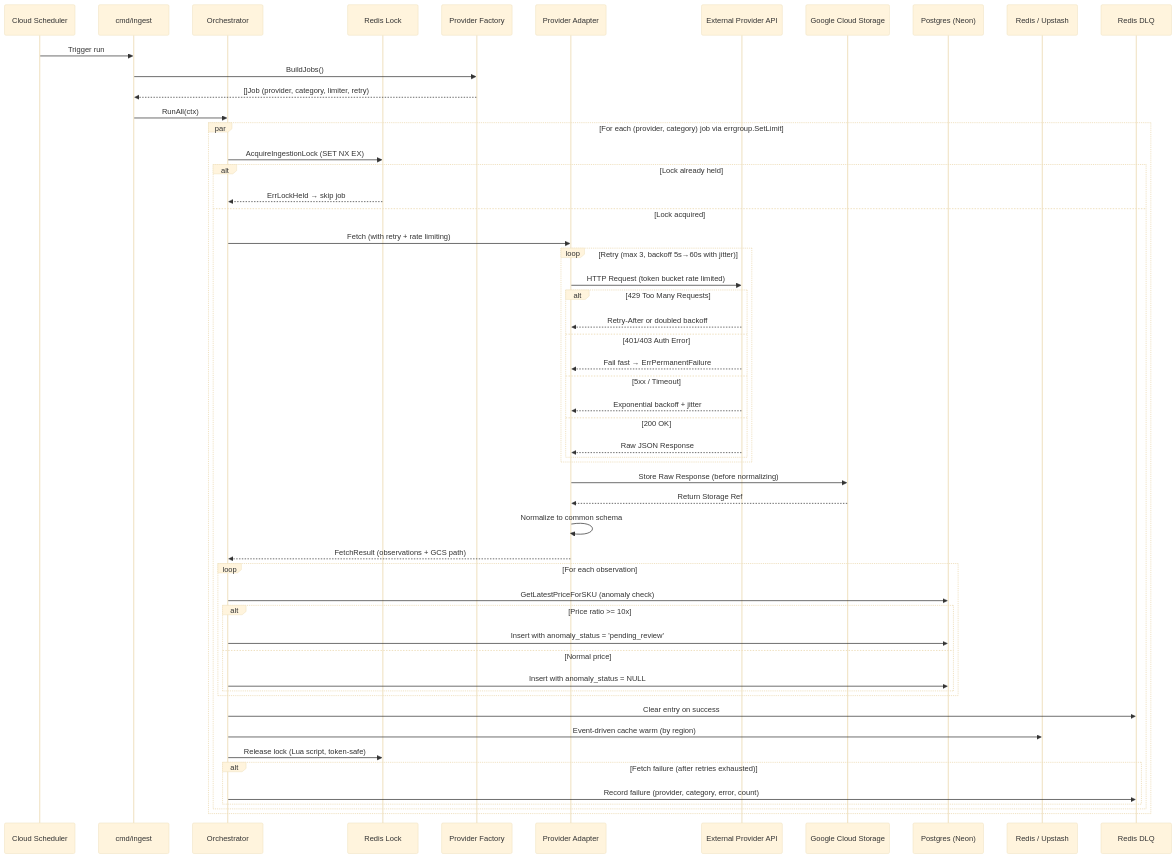
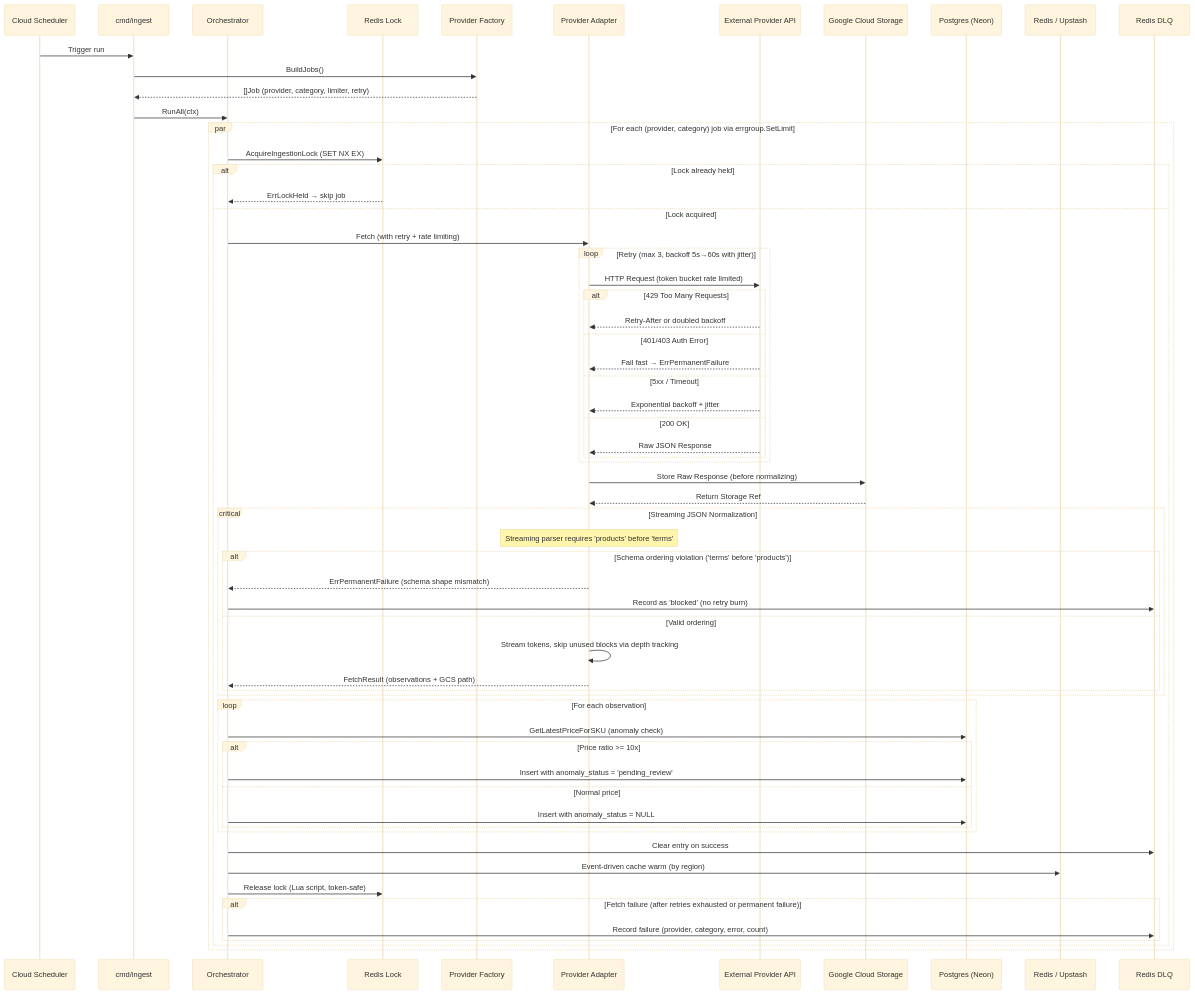
The diagram in docs/diagrams/03-ingestion-flow.md (thatengineerguy21/cloudvitta), drawn with Mermaid (base theme) before and after one commit. The commit also changed other lines of this file and 2 other files, not shown here.

Commit message:
fix(ingest): prevent memory exhaustion in streaming parser via depth tracking
- Replace json.RawMessage buffer allocations with depth-aware skipValue helper
- Enforce strict ordering invariant requiring products to precede terms
- Return provider.ErrPermanentFailure when terms precedes products to route to DLQ
- Add unit tests for payload ordering enforcement and large block skipping
- Update ingestion flow documentation with streaming ordering constraints

````diff
--- a/docs/diagrams/03-ingestion-flow.md
+++ b/docs/diagrams/03-ingestion-flow.md
@@ -3,64 +3,72 @@
 ```mermaid
 sequenceDiagram
     participant Scheduler as Cloud Scheduler
     participant Main as cmd/ingest
     participant Orch as Orchestrator
     participant Lock as Redis Lock
     participant Factory as Provider Factory
     participant Adapter as Provider Adapter
     participant API as External Provider API
     participant GCS as Google Cloud Storage
     participant DB as Postgres (Neon)
     participant Redis as Redis / Upstash
     participant DLQ as Redis DLQ
 
     Scheduler->>Main: Trigger run
     Main->>Factory: BuildJobs()
     Factory-->>Main: []Job (provider, category, limiter, retry)
     Main->>Orch: RunAll(ctx)
     
     par For each (provider, category) job via errgroup.SetLimit
         Orch->>Lock: AcquireIngestionLock (SET NX EX)
         alt Lock already held
             Lock-->>Orch: ErrLockHeld → skip job
         else Lock acquired
             Orch->>Adapter: Fetch (with retry + rate limiting)
             
             loop Retry (max 3, backoff 5s→60s with jitter)
                 Adapter->>API: HTTP Request (token bucket rate limited)
                 alt 429 Too Many Requests
                     API-->>Adapter: Retry-After or doubled backoff
                 else 401/403 Auth Error
                     API-->>Adapter: Fail fast → ErrPermanentFailure
                 else 5xx / Timeout
                     API-->>Adapter: Exponential backoff + jitter
                 else 200 OK
                     API-->>Adapter: Raw JSON Response
                 end
             end
 
             Adapter->>GCS: Store Raw Response (before normalizing)
             GCS-->>Adapter: Return Storage Ref
             
-            Adapter->>Adapter: Normalize to common schema
-            Adapter-->>Orch: FetchResult (observations + GCS path)
+            critical Streaming JSON Normalization
+                Note over Adapter: Streaming parser requires 'products' before 'terms'
+                alt Schema ordering violation ('terms' before 'products')
+                    Adapter-->>Orch: ErrPermanentFailure (schema shape mismatch)
+                    Orch->>DLQ: Record as 'blocked' (no retry burn)
+                else Valid ordering
+                    Adapter->>Adapter: Stream tokens, skip unused blocks via depth tracking
+                    Adapter-->>Orch: FetchResult (observations + GCS path)
+                end
+            end
             
             loop For each observation
                 Orch->>DB: GetLatestPriceForSKU (anomaly check)
                 alt Price ratio >= 10x
                     Orch->>DB: Insert with anomaly_status = 'pending_review'
                 else Normal price
                     Orch->>DB: Insert with anomaly_status = NULL
                 end
             end
             
             Orch->>DLQ: Clear entry on success
             Orch->>Redis: Event-driven cache warm (by region)
             Orch->>Lock: Release lock (Lua script, token-safe)
             
-            alt Fetch failure (after retries exhausted)
+            alt Fetch failure (after retries exhausted or permanent failure)
                 Orch->>DLQ: Record failure (provider, category, error, count)
             end
         end
     end
 ```
````
